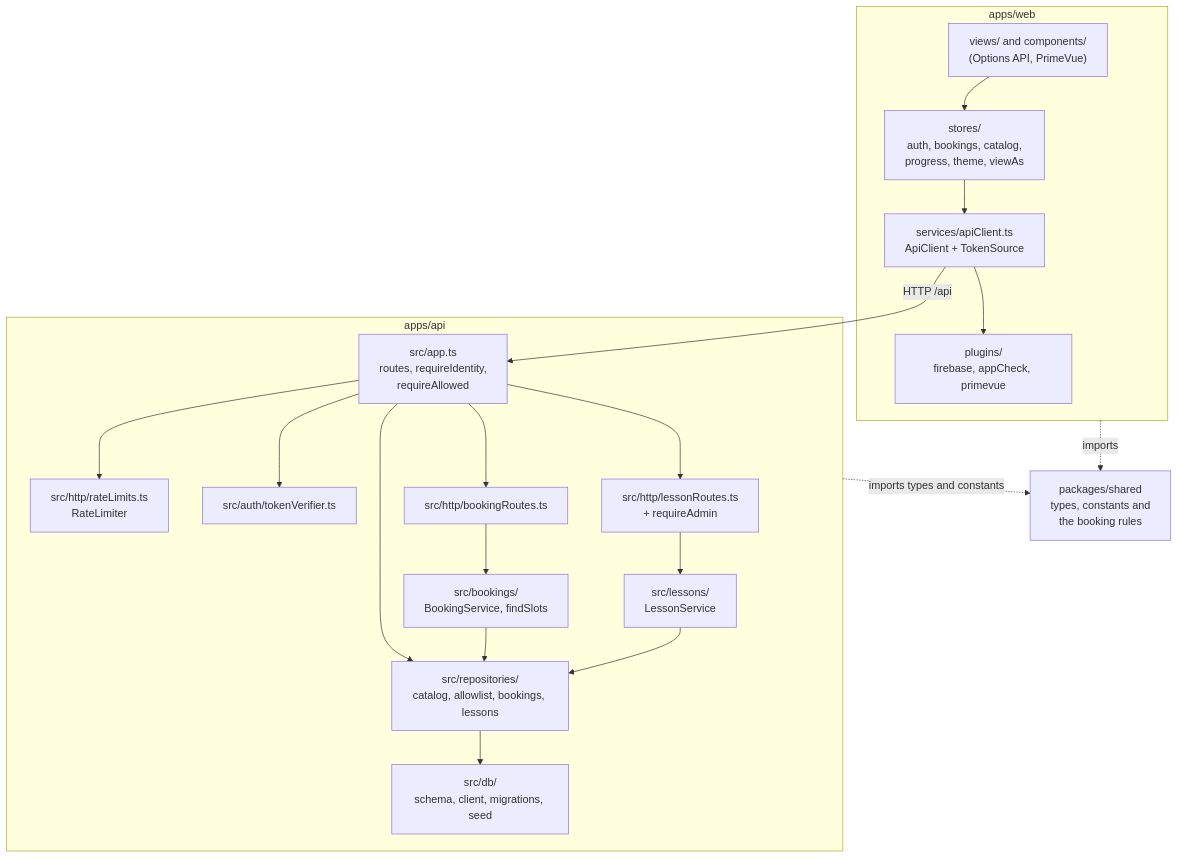
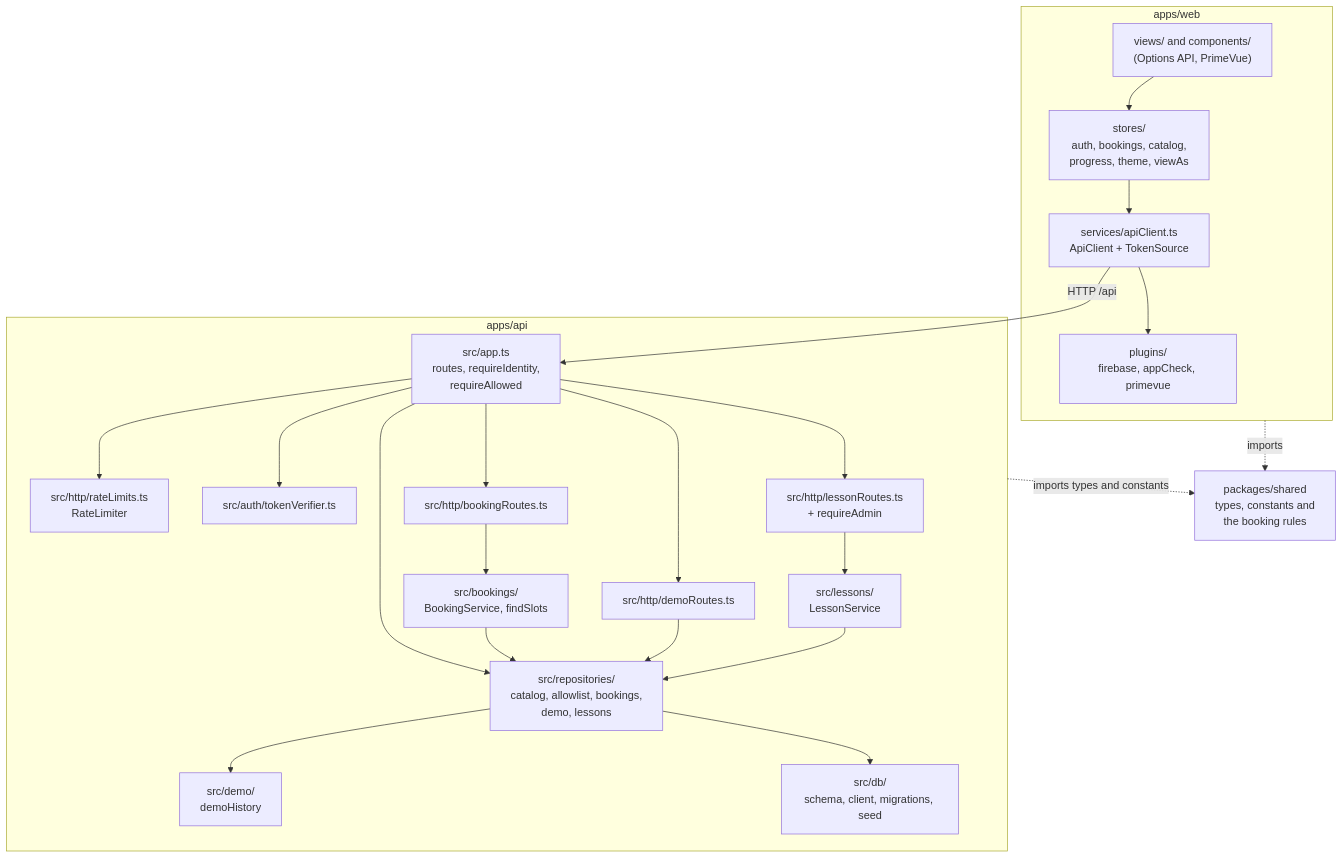
One commit to Valiance-Studios/halo-drivers-ed changed the second of 9 diagrams in ARCHITECTURE.md. Above: the diagram before and after it, drawn with Mermaid. The commit also changed other lines of this file and 35 other files, not shown here.

````diff
--- a/ARCHITECTURE.md
+++ b/ARCHITECTURE.md
@@ -76,40 +76,45 @@
 ```mermaid
 flowchart TB
     subgraph web["apps/web"]
         views["views/ and components/<br/>(Options API, PrimeVue)"]
         stores["stores/<br/>auth, bookings, catalog,<br/>progress, theme, viewAs"]
         client["services/apiClient.ts<br/>ApiClient + TokenSource"]
         plugins["plugins/<br/>firebase, appCheck, primevue"]
         views --> stores
         stores --> client
         client --> plugins
     end
 
     subgraph api["apps/api"]
         app["src/app.ts<br/>routes, requireIdentity,<br/>requireAllowed"]
         limits["src/http/rateLimits.ts<br/>RateLimiter"]
         verifier["src/auth/tokenVerifier.ts"]
         bookingRoutes["src/http/bookingRoutes.ts"]
         service["src/bookings/<br/>BookingService, findSlots"]
+        demoRoutes["src/http/demoRoutes.ts"]
+        demo["src/demo/<br/>demoHistory"]
         lessonRoutes["src/http/lessonRoutes.ts<br/>+ requireAdmin"]
         lessonService["src/lessons/<br/>LessonService"]
-        repos["src/repositories/<br/>catalog, allowlist, bookings, lessons"]
+        repos["src/repositories/<br/>catalog, allowlist, bookings,<br/>demo, lessons"]
         db["src/db/<br/>schema, client, migrations, seed"]
         app --> verifier
         app --> limits
         app --> repos
         app --> bookingRoutes
         bookingRoutes --> service
         service --> repos
+        app --> demoRoutes
+        demoRoutes --> repos
+        repos --> demo
         app --> lessonRoutes
         lessonRoutes --> lessonService
         lessonService --> repos
         repos --> db
     end
 
     shared["packages/shared<br/>types, constants and<br/>the booking rules"]
 
     client -- "HTTP /api" --> app
     web -. "imports" .-> shared
     api -. "imports types and constants" .-> shared
 ```
````
